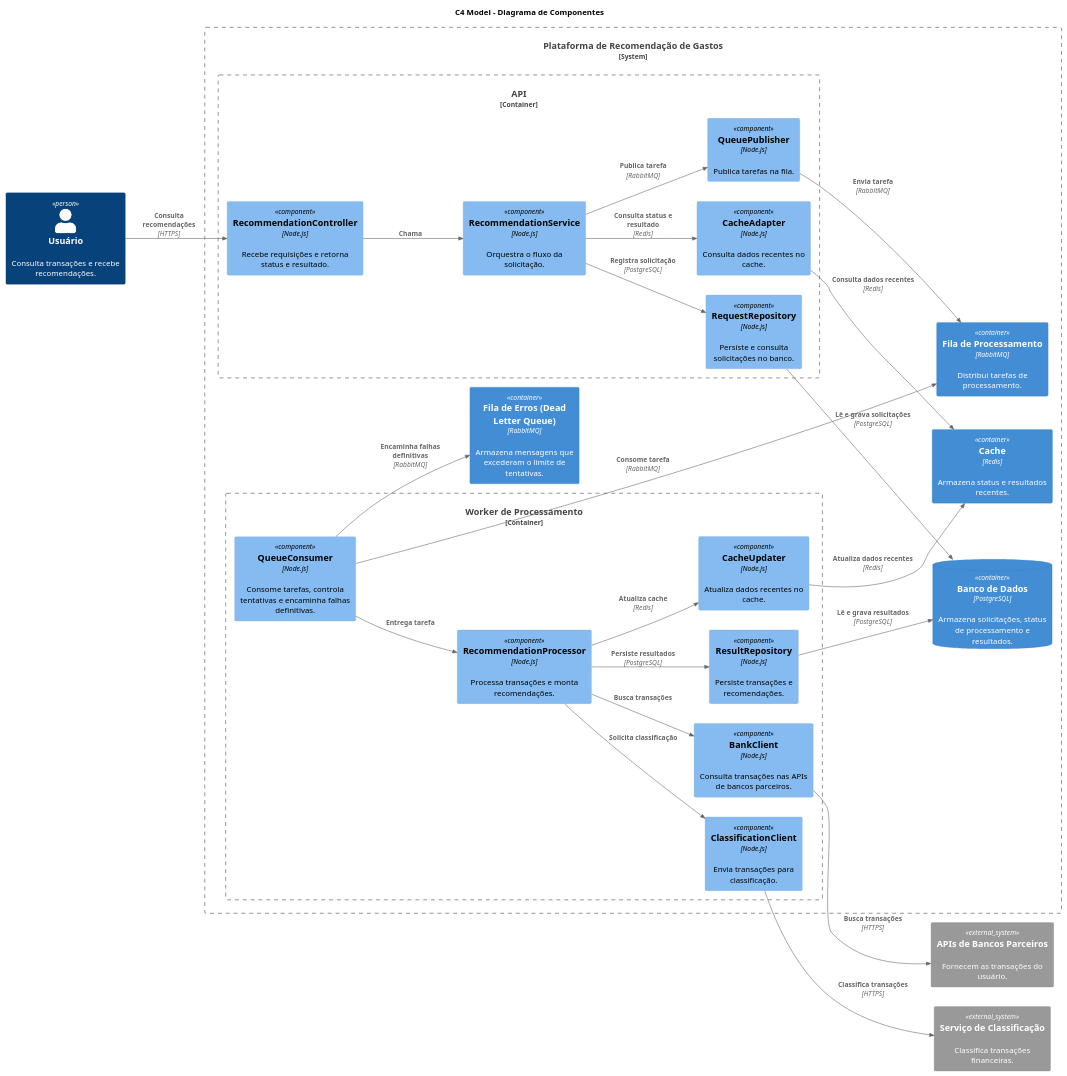
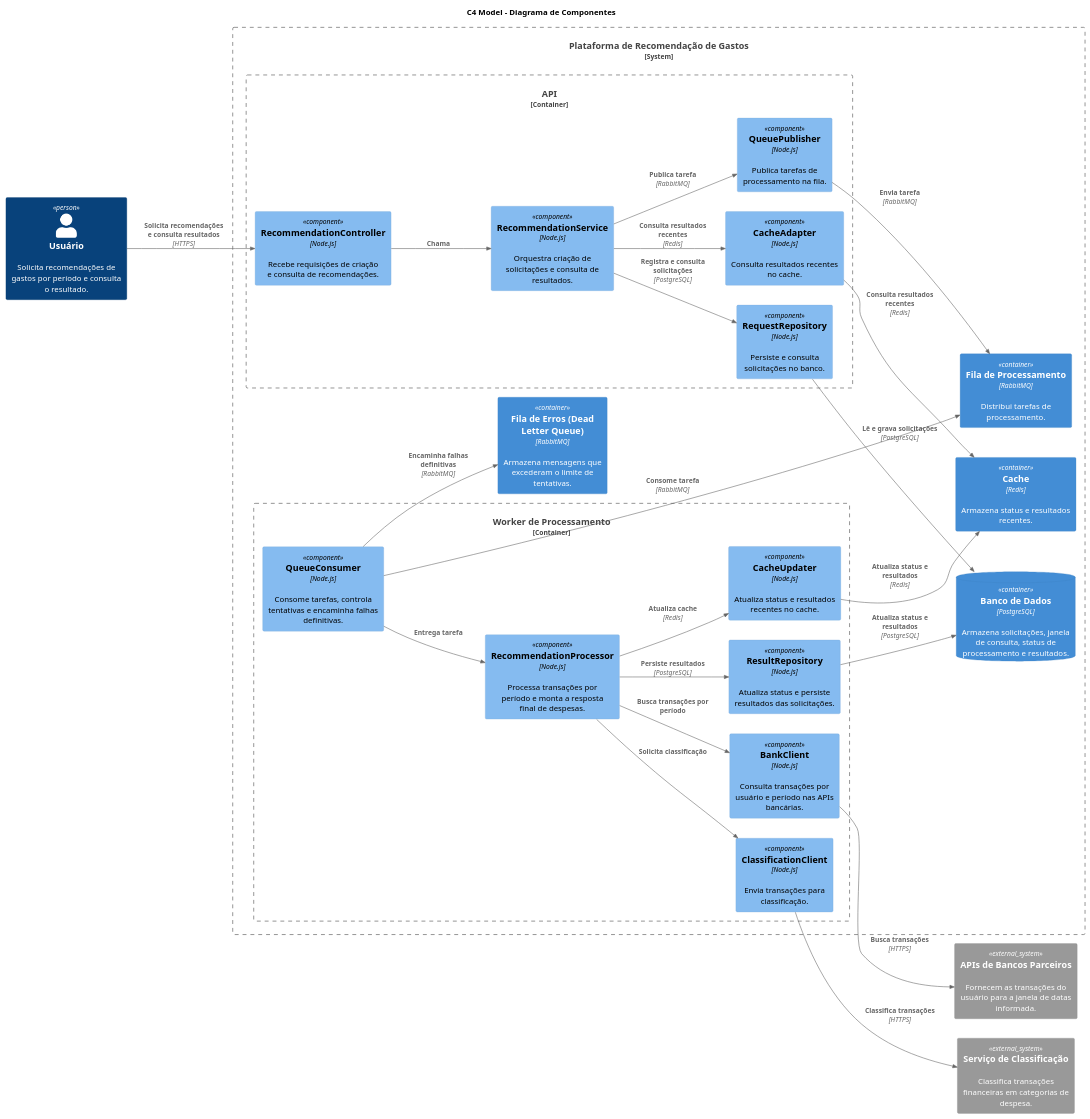
Before and after one commit to nelsera/idwall-desafio-arquitetura: the diagram in 2__diagramas/2.3__c4-componentes.puml, drawn with PlantUML. The commit also changed 3 other files, not shown here.

Commit message:
feat(api): padroniza resposta da API com requestId, status e result

```diff
--- a/2__diagramas/2.3__c4-componentes.puml
+++ b/2__diagramas/2.3__c4-componentes.puml
@@ -1,68 +1,68 @@
 @startuml c4-componentes
 !includeurl https://raw.githubusercontent.com/plantuml-stdlib/C4-PlantUML/master/C4_Component.puml
 
 LAYOUT_LEFT_RIGHT()
 
 title C4 Model - Diagrama de Componentes
 
 ' Atores
-Person(usuario, "Usuário", "Consulta transações e recebe recomendações.")
+Person(usuario, "Usuário", "Solicita recomendações de gastos por período e consulta o resultado.")
 
 ' Sistemas externos
-System_Ext(bancos, "APIs de Bancos Parceiros", "Fornecem as transações do usuário.")
-System_Ext(ml, "Serviço de Classificação", "Classifica transações financeiras.")
+System_Ext(bancos, "APIs de Bancos Parceiros", "Fornecem as transações do usuário para a janela de datas informada.")
+System_Ext(ml, "Serviço de Classificação", "Classifica transações financeiras em categorias de despesa.")
 
 ' Containers e componentes
 System_Boundary(sistema, "Plataforma de Recomendação de Gastos") {
 
   Container_Boundary(api_container, "API") {
-    Component(controller, "RecommendationController", "Node.js", "Recebe requisições e retorna status e resultado.")
-    Component(service, "RecommendationService", "Node.js", "Orquestra o fluxo da solicitação.")
+    Component(controller, "RecommendationController", "Node.js", "Recebe requisições de criação e consulta de recomendações.")
+    Component(service, "RecommendationService", "Node.js", "Orquestra criação de solicitações e consulta de resultados.")
     Component(repository, "RequestRepository", "Node.js", "Persiste e consulta solicitações no banco.")
-    Component(cache_adapter, "CacheAdapter", "Node.js", "Consulta dados recentes no cache.")
-    Component(queue_publisher, "QueuePublisher", "Node.js", "Publica tarefas na fila.")
+    Component(cache_adapter, "CacheAdapter", "Node.js", "Consulta resultados recentes no cache.")
+    Component(queue_publisher, "QueuePublisher", "Node.js", "Publica tarefas de processamento na fila.")
   }
 
   Container_Boundary(worker_container, "Worker de Processamento") {
     Component(queue_consumer, "QueueConsumer", "Node.js", "Consome tarefas, controla tentativas e encaminha falhas definitivas.")
-    Component(processor, "RecommendationProcessor", "Node.js", "Processa transações e monta recomendações.")
-    Component(bank_client, "BankClient", "Node.js", "Consulta transações nas APIs de bancos parceiros.")
+    Component(processor, "RecommendationProcessor", "Node.js", "Processa transações por período e monta a resposta final de despesas.")
+    Component(bank_client, "BankClient", "Node.js", "Consulta transações por usuário e período nas APIs bancárias.")
     Component(classification_client, "ClassificationClient", "Node.js", "Envia transações para classificação.")
-    Component(result_repository, "ResultRepository", "Node.js", "Persiste transações e recomendações.")
-    Component(cache_updater, "CacheUpdater", "Node.js", "Atualiza dados recentes no cache.")
+    Component(result_repository, "ResultRepository", "Node.js", "Atualiza status e persiste resultados das solicitações.")
+    Component(cache_updater, "CacheUpdater", "Node.js", "Atualiza status e resultados recentes no cache.")
   }
 
-  ContainerDb(db, "Banco de Dados", "PostgreSQL", "Armazena solicitações, status de processamento e resultados.")
+  ContainerDb(db, "Banco de Dados", "PostgreSQL", "Armazena solicitações, janela de consulta, status de processamento e resultados.")
   Container(fila, "Fila de Processamento", "RabbitMQ", "Distribui tarefas de processamento.")
   Container(dlq, "Fila de Erros (Dead Letter Queue)", "RabbitMQ", "Armazena mensagens que excederam o limite de tentativas.")
   Container(cache, "Cache", "Redis", "Armazena status e resultados recentes.")
 }
 
 ' Relacionamentos
-Rel(usuario, controller, "Consulta recomendações", "HTTPS")
+Rel(usuario, controller, "Solicita recomendações e consulta resultados", "HTTPS")
 
 Rel(controller, service, "Chama")
-Rel(service, repository, "Registra solicitação", "PostgreSQL")
-Rel(service, cache_adapter, "Consulta status e resultado", "Redis")
+Rel(service, repository, "Registra e consulta solicitações", "PostgreSQL")
+Rel(service, cache_adapter, "Consulta resultados recentes", "Redis")
 Rel(service, queue_publisher, "Publica tarefa", "RabbitMQ")
 
 Rel(queue_publisher, fila, "Envia tarefa", "RabbitMQ")
 Rel(queue_consumer, fila, "Consome tarefa", "RabbitMQ")
 Rel(queue_consumer, dlq, "Encaminha falhas definitivas", "RabbitMQ")
 Rel(queue_consumer, processor, "Entrega tarefa")
 
-Rel(processor, bank_client, "Busca transações")
+Rel(processor, bank_client, "Busca transações por período")
 Rel(bank_client, bancos, "Busca transações", "HTTPS")
 
 Rel(processor, classification_client, "Solicita classificação")
 Rel(classification_client, ml, "Classifica transações", "HTTPS")
 
 Rel(processor, result_repository, "Persiste resultados", "PostgreSQL")
 Rel(processor, cache_updater, "Atualiza cache", "Redis")
 
 Rel(repository, db, "Lê e grava solicitações", "PostgreSQL")
-Rel(result_repository, db, "Lê e grava resultados", "PostgreSQL")
-Rel(cache_adapter, cache, "Consulta dados recentes", "Redis")
-Rel(cache_updater, cache, "Atualiza dados recentes", "Redis")
+Rel(result_repository, db, "Atualiza status e resultados", "PostgreSQL")
+Rel(cache_adapter, cache, "Consulta resultados recentes", "Redis")
+Rel(cache_updater, cache, "Atualiza status e resultados", "Redis")
 
 @enduml
```
